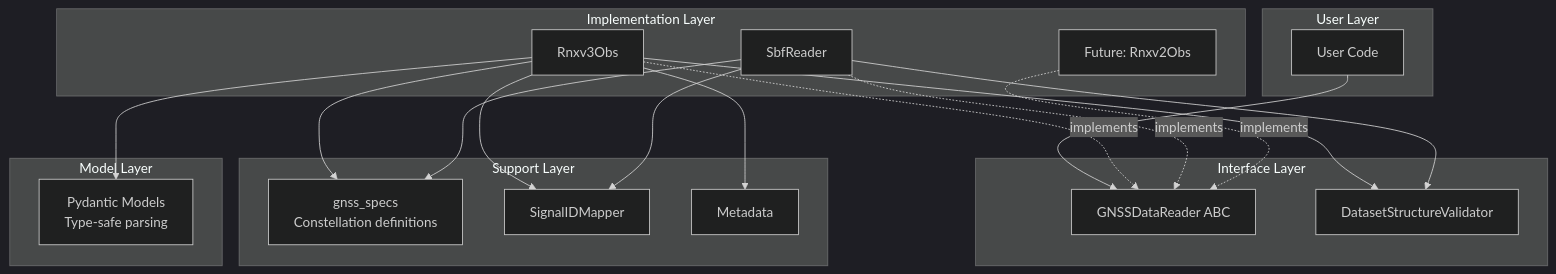
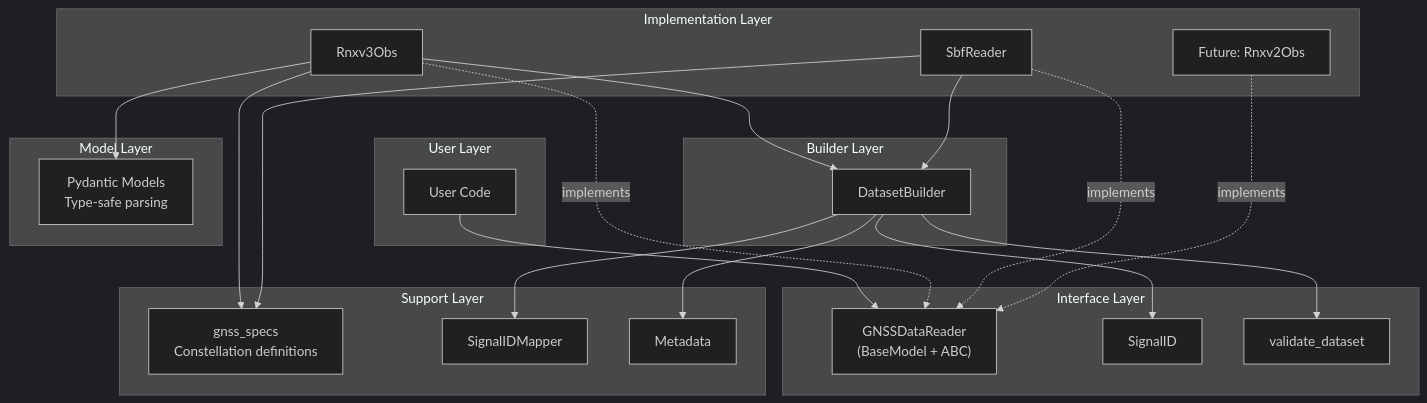
The first of 2 diagrams in docs/packages/readers/architecture.md (konstantinschellenberg/canvodpy), drawn with Mermaid (dark theme) before and after one commit. The commit also changed other lines of this file and 44 other files, not shown here.

First line of the commit message:
refactor(readers): unify GNSSDataReader as Pydantic BaseModel + ABC

````diff
--- a/docs/packages/readers/architecture.md
+++ b/docs/packages/readers/architecture.md
@@ -102,43 +163,49 @@
 ```mermaid
 graph TB
     subgraph "User Layer"
         A[User Code]
     end
 
     subgraph "Interface Layer"
-        B[GNSSDataReader ABC]
-        C[DatasetStructureValidator]
+        B["GNSSDataReader\n(BaseModel + ABC)"]
+        B2[SignalID]
+        C[validate_dataset]
+    end
+
+    subgraph "Builder Layer"
+        BLD[DatasetBuilder]
     end
 
     subgraph "Implementation Layer"
         D[Rnxv3Obs]
         D2[SbfReader]
         E[Future: Rnxv2Obs]
     end
 
     subgraph "Support Layer"
         G[gnss_specs<br/>Constellation definitions]
         H[SignalIDMapper]
         I[Metadata]
     end
 
     subgraph "Model Layer"
         J[Pydantic Models<br/>Type-safe parsing]
     end
 
     A --> B
     D -.implements.-> B
     D2 -.implements.-> B
     E -.implements.-> B
 
+    D --> BLD
+    D2 --> BLD
+    BLD --> B2
+    BLD --> H
+    BLD --> I
+    BLD --> C
+
     D --> J
     D --> G
-    D --> H
-    D --> I
-    D --> C
-
     D2 --> G
-    D2 --> H
-    D2 --> C
 
 ```
````
